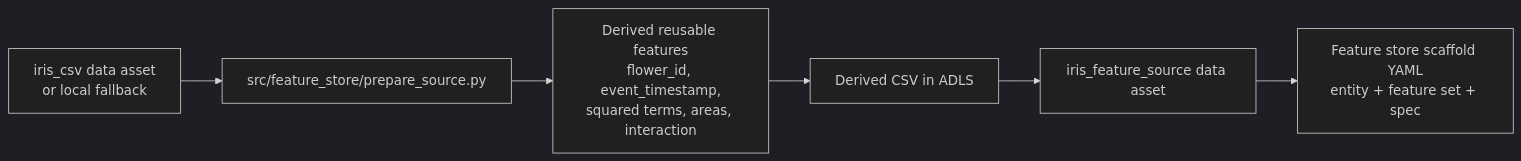
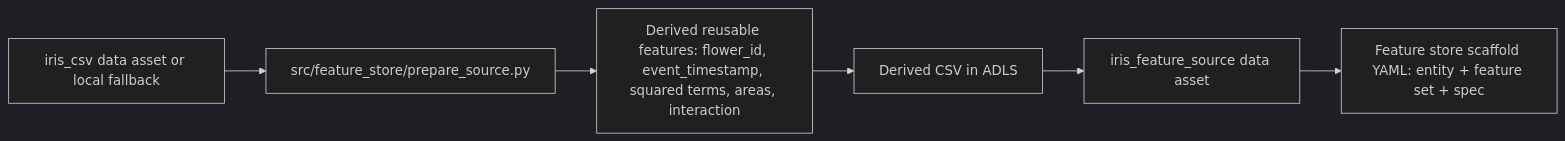
One commit to Ch3rry-Pi3-Azure/Simple-AzureML-Iris-Project changed the second of 2 diagrams in README.md. Above: the diagram before and after it, drawn with Mermaid (dark theme). The commit also changed other lines of this file, not shown here.

Commit message:
add mermaid charts

````diff
--- a/README.md
+++ b/README.md
@@ -90,8 +90,8 @@
 ```mermaid
 flowchart LR
-    A[iris_csv data asset<br/>or local fallback] --> B[src/feature_store/prepare_source.py]
-    B --> C[Derived reusable features<br/>flower_id, event_timestamp,<br/>squared terms, areas, interaction]
+    A["iris_csv data asset or local fallback"] --> B["src/feature_store/prepare_source.py"]
+    B --> C["Derived reusable features: flower_id, event_timestamp, squared terms, areas, interaction"]
     C --> D[Derived CSV in ADLS]
     D --> E[iris_feature_source data asset]
-    E --> F[Feature store scaffold YAML<br/>entity + feature set + spec]
+    E --> F["Feature store scaffold YAML: entity + feature set + spec"]
 ```
````
